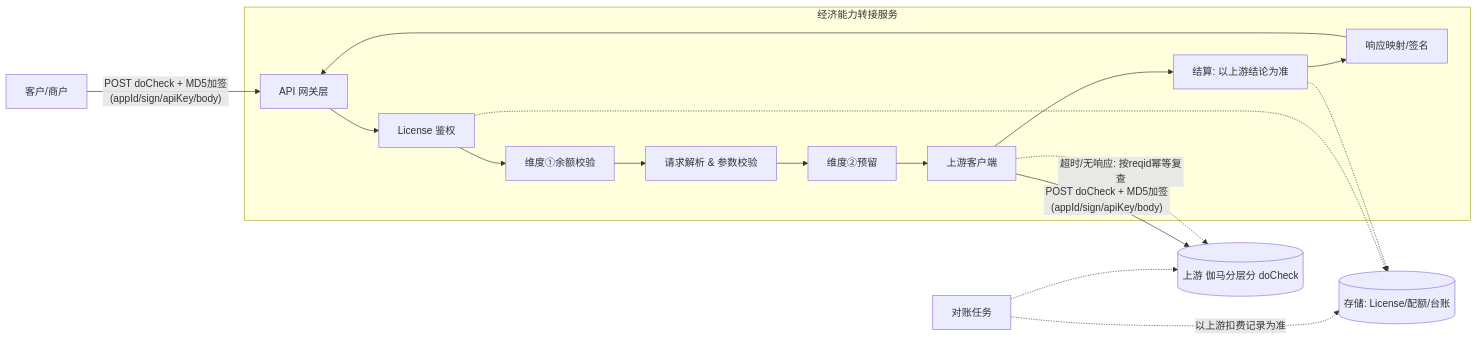
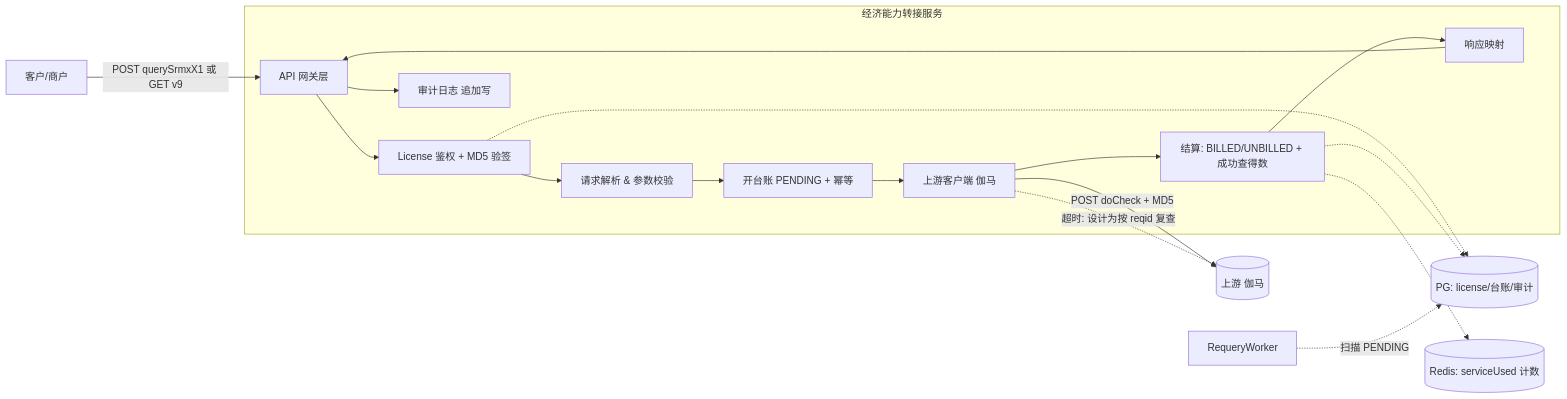
The first of 3 diagrams in docs/DESIGN.md (YunChen1227/DataHub), drawn with Mermaid before and after one commit. The commit also changed other lines of this file and 32 other files, not shown here.

````diff
--- a/docs/DESIGN.md
+++ b/docs/DESIGN.md
@@ -69,23 +74,23 @@
 ```mermaid
 flowchart LR
-    Client[客户/商户] -->|"POST doCheck + MD5加签(appId/sign/apiKey/body)"| GW[API 网关层]
+    Client[客户/商户] -->|"POST querySrmxX1 或 GET v9"| GW[API 网关层]
 
     subgraph Service[经济能力转接服务]
-        GW --> Auth[License 鉴权]
-        Auth --> Q1[维度①余额校验]
-        Q1 --> Parse[请求解析 & 参数校验]
-        Parse --> Q2res[维度②预留]
-        Q2res --> UC[上游客户端]
-        UC --> Settle[结算: 以上游结论为准]
-        Settle --> Map[响应映射/签名]
+        GW --> Auth[License 鉴权 + MD5 验签]
+        Auth --> Parse[请求解析 & 参数校验]
+        Parse --> Ledger[开台账 PENDING + 幂等]
+        Ledger --> UC[上游客户端 伽马]
+        UC --> Settle[结算: BILLED/UNBILLED + 成功查得数]
+        Settle --> Map[响应映射]
         Map --> GW
+        GW --> Audit[审计日志 追加写]
     end
 
-    UC -->|"POST doCheck + MD5加签(appId/sign/apiKey/body)"| Upstream[(上游 伽马分层分 doCheck)]
-    UC -.->|超时/无响应: 按reqid幂等复查| Upstream
+    UC -->|"POST doCheck + MD5"| Upstream[(上游 伽马)]
+    UC -.->|超时: 设计为按 reqid 复查| Upstream
 
-    Auth -.-> DB[(存储: License/配额/台账)]
+    Auth -.-> DB[(PG: license/台账/审计)]
     Settle -.-> DB
-    Recon[对账任务] -.->|以上游扣费记录为准| DB
-    Recon -.-> Upstream
+    Settle -.-> Redis[(Redis: serviceUsed 计数)]
+    Worker[RequeryWorker] -.->|扫描 PENDING| DB
 ```
````
